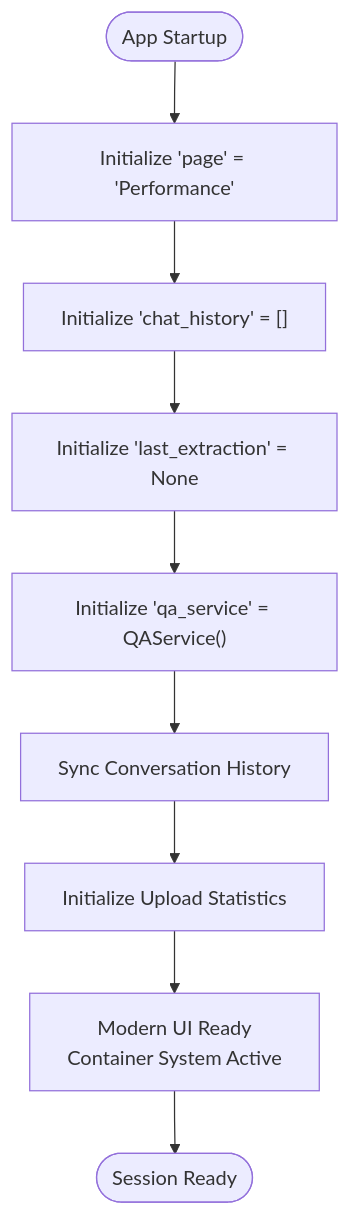
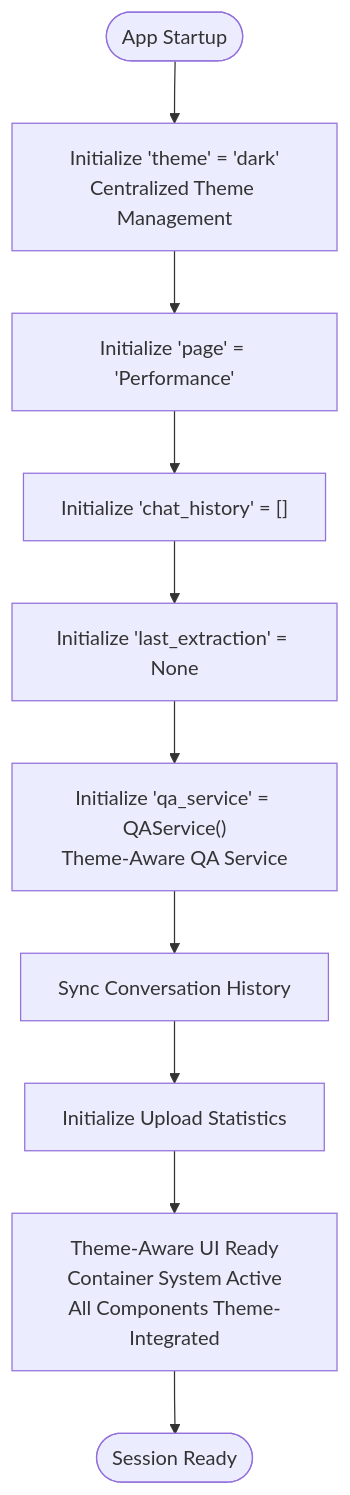
Before and after one commit to Johnny22056/SwimingStatus: the eighth of 15 diagrams in .qoder/repowiki/en/content/Core Components/Application Controller.md, drawn with Mermaid. The commit also changed other lines of this file and 2 other files, not shown here.

First line of the commit message:
feat(theme): integrate comprehensive dynamic theme management system

````diff
--- a/.qoder/repowiki/en/content/Core Components/Application Controller.md
+++ b/.qoder/repowiki/en/content/Core Components/Application Controller.md
@@ -315,11 +371,12 @@
 ```mermaid
 flowchart TD
-Start([App Startup]) --> InitPage["Initialize 'page' = 'Performance'"]
+Start([App Startup]) --> InitTheme["Initialize 'theme' = 'dark'<br/>Centralized Theme Management"]
+InitTheme --> InitPage["Initialize 'page' = 'Performance'"]
 InitPage --> InitChat["Initialize 'chat_history' = []"]
 InitChat --> InitLast["Initialize 'last_extraction' = None"]
-InitLast --> InitQA["Initialize 'qa_service' = QAService()"]
+InitLast --> InitQA["Initialize 'qa_service' = QAService()<br/>Theme-Aware QA Service"]
 InitQA --> SyncHistory["Sync Conversation History"]
 SyncHistory --> InitStats["Initialize Upload Statistics"]
-InitStats --> ModernUIReady["Modern UI Ready<br/>Container System Active"]
-ModernUIReady --> End([Session Ready])
+InitStats --> ThemeAwareReady["Theme-Aware UI Ready<br/>Container System Active<br/>All Components Theme-Integrated"]
+ThemeAwareReady --> End([Session Ready])
 ```
````
